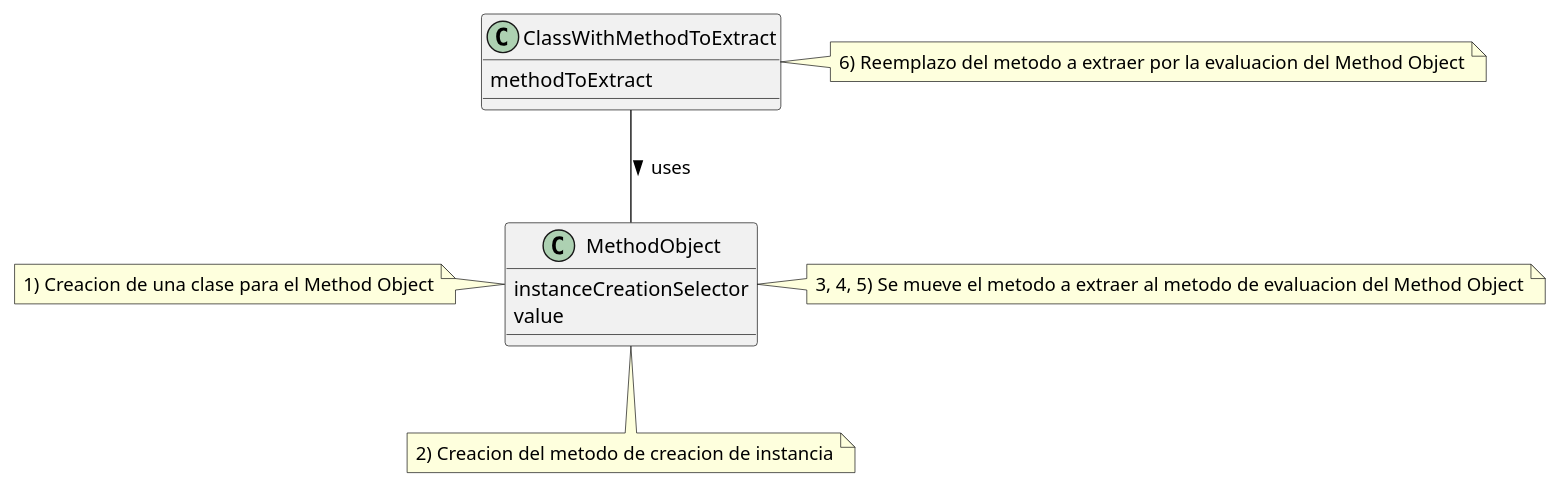
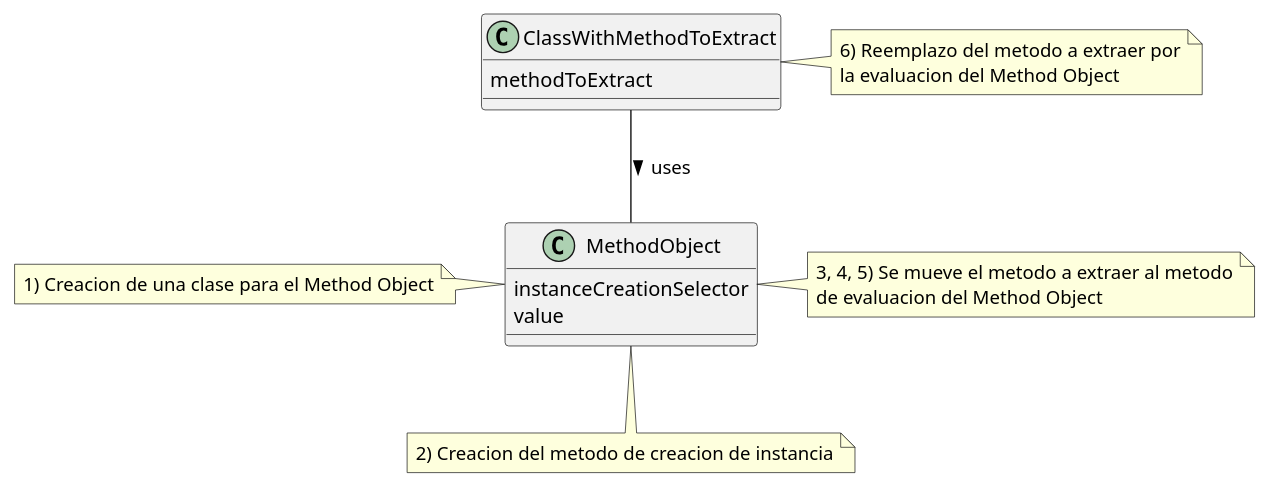
The first of 4 diagrams in Informe/extract_to_method_object.org (fgasperij/msc-thesis-automatic-refactorings), drawn with PlantUML before and after one commit. The commit also changed other lines of this file and 5 other files, not shown here.

```diff
--- a/Informe/extract_to_method_object.org
+++ b/Informe/extract_to_method_object.org
@@ -81,14 +81,14 @@
 #+BEGIN_SRC plantuml :file diagrams/extract_to_method_object_application_steps.png
 ClassWithMethodToExtract -down- MethodObject : uses >
 
 ClassWithMethodToExtract : methodToExtract
 class MethodObject {
   instanceCreationSelector
   value
 }
 
 note left of MethodObject : 1) Creacion de una clase para el Method Object
 note bottom of MethodObject : 2) Creacion del metodo de creacion de instancia
-note right of MethodObject : 3, 4, 5) Se mueve el metodo a extraer al metodo de evaluacion del Method Object
-note right of ClassWithMethodToExtract : 6) Reemplazo del metodo a extraer por la evaluacion del Method Object
+note right of MethodObject : 3, 4, 5) Se mueve el metodo a extraer al metodo\nde evaluacion del Method Object
+note right of ClassWithMethodToExtract : 6) Reemplazo del metodo a extraer por\nla evaluacion del Method Object
 #+END_SRC
```
